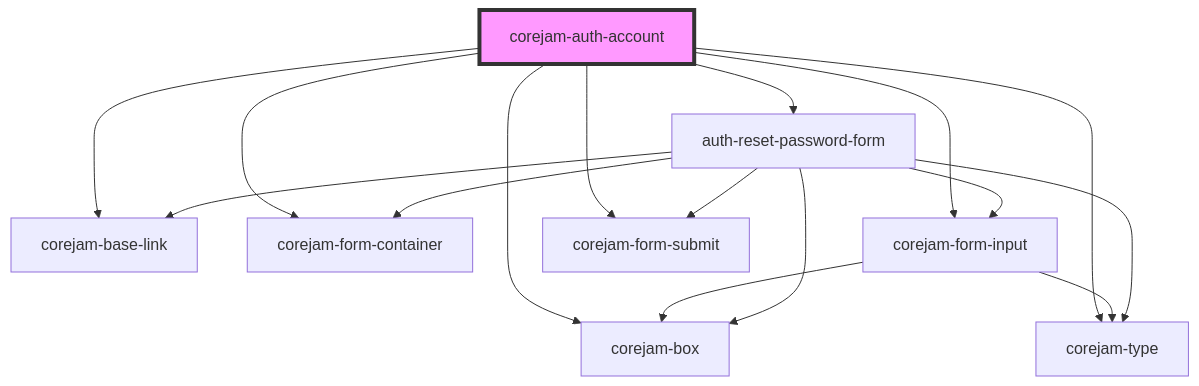
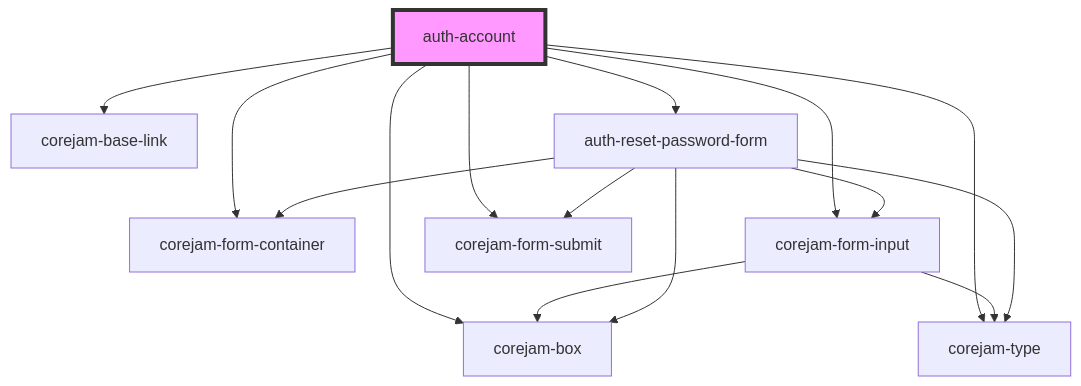
Before and after one commit to corejam/corejam: the diagram in packages/auth/app/components/Account/readme.md, drawn with Mermaid. The commit also changed other lines of this file and 43 other files, not shown here.

````diff
--- a/packages/auth/app/components/Account/readme.md
+++ b/packages/auth/app/components/Account/readme.md
@@ -21,19 +21,18 @@
 ```mermaid
 graph TD;
-  corejam-auth-account --> corejam-box
-  corejam-auth-account --> corejam-type
-  corejam-auth-account --> corejam-base-link
-  corejam-auth-account --> corejam-form-container
-  corejam-auth-account --> corejam-form-input
-  corejam-auth-account --> corejam-form-submit
-  corejam-auth-account --> auth-reset-password-form
+  auth-account --> corejam-box
+  auth-account --> corejam-type
+  auth-account --> corejam-base-link
+  auth-account --> corejam-form-container
+  auth-account --> corejam-form-input
+  auth-account --> corejam-form-submit
+  auth-account --> auth-reset-password-form
   corejam-form-input --> corejam-box
   corejam-form-input --> corejam-type
   auth-reset-password-form --> corejam-box
   auth-reset-password-form --> corejam-type
   auth-reset-password-form --> corejam-form-container
   auth-reset-password-form --> corejam-form-input
-  auth-reset-password-form --> corejam-base-link
   auth-reset-password-form --> corejam-form-submit
-  style corejam-auth-account fill:#f9f,stroke:#333,stroke-width:4px
+  style auth-account fill:#f9f,stroke:#333,stroke-width:4px
 ```
````
